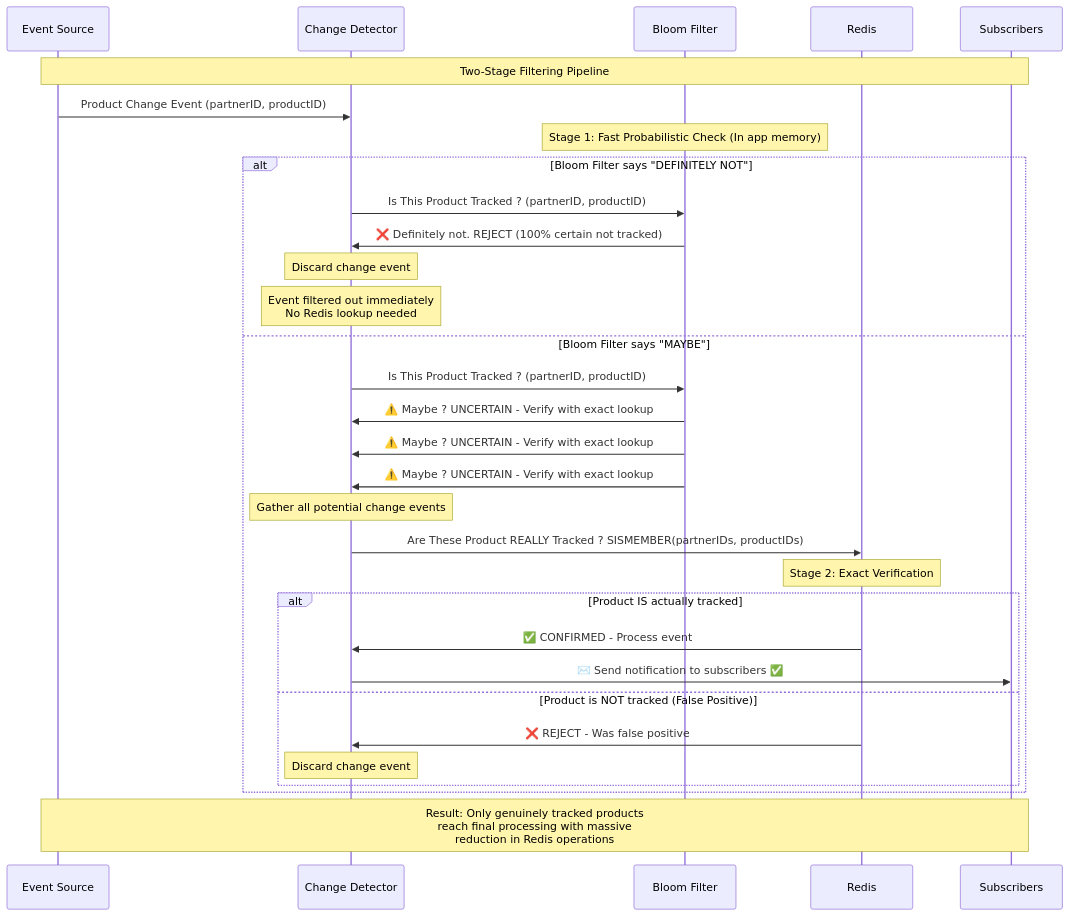
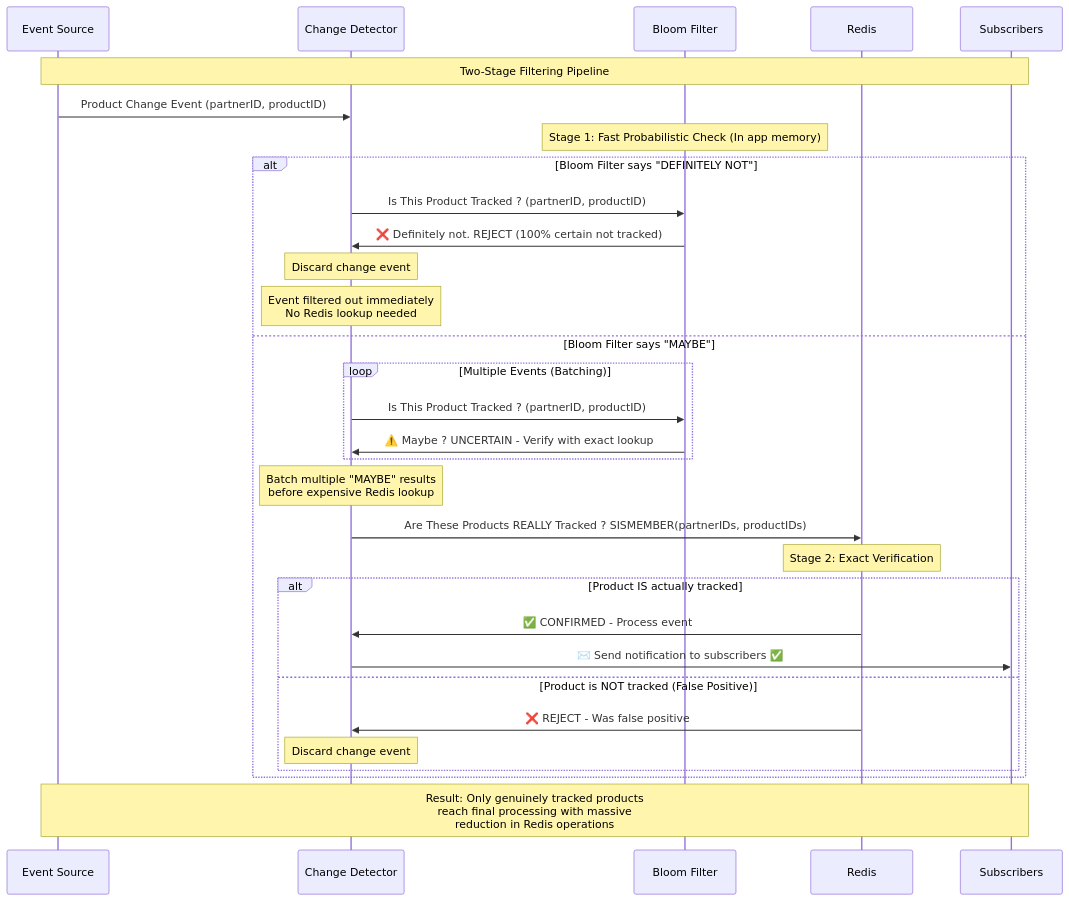
Before and after one commit to ozan-koksal/bloom-filters: the second of 2 diagrams in README.md, drawn with Mermaid. The commit also changed other lines of this file, not shown here.

Commit message:
second vommit

````diff
--- a/README.md
+++ b/README.md
@@ -52,40 +51,40 @@
 ```mermaid
 sequenceDiagram
     participant CDC as Event Source
     participant App as Change Detector
     participant BF as Bloom Filter
     participant Redis as Redis
     participant Output as Subscribers
     
     Note over CDC, Output: Two-Stage Filtering Pipeline
     CDC->>App: Product Change Event (partnerID, productID)
 
     Note over BF: Stage 1: Fast Probabilistic Check (In app memory)
     # BF->>BF: Check if productID might be tracked
     
     alt Bloom Filter says "DEFINITELY NOT"
         App->>BF: Is This Product Tracked ? (partnerID, productID)
         BF->>App: ❌ Definitely not. REJECT (100% certain not tracked)
         Note over App: Discard change event
         Note over App: Event filtered out immediately<br/>No Redis lookup needed
     else Bloom Filter says "MAYBE" 
-        App->>BF: Is This Product Tracked ? (partnerID, productID)
-        BF->>App: ⚠️ Maybe ? UNCERTAIN - Verify with exact lookup
-        BF->>App: ⚠️ Maybe ? UNCERTAIN - Verify with exact lookup
-        BF->>App: ⚠️ Maybe ? UNCERTAIN - Verify with exact lookup
+        loop Multiple Events (Batching)
+            App->>BF: Is This Product Tracked ? (partnerID, productID)
+            BF->>App: ⚠️ Maybe ? UNCERTAIN - Verify with exact lookup
+        end
+        
+        Note over App: Batch multiple "MAYBE" results<br/>before expensive Redis lookup
 
-        Note over App: Gather all potential change events
-
-        App->>Redis: Are These Product REALLY Tracked ? SISMEMBER(partnerIDs, productIDs)
+        App->>Redis: Are These Products REALLY Tracked ? SISMEMBER(partnerIDs, productIDs)
         Note over Redis: Stage 2: Exact Verification        
         alt Product IS actually tracked
             Redis->>App: ✅ CONFIRMED - Process event
             App->>Output: ✉️ Send notification to subscribers ✅ 
         else Product is NOT tracked (False Positive)
             Redis->>App: ❌ REJECT - Was false positive 
         Note over App: Discard change event
         end
     end
     
     Note over CDC, Output: Result: Only genuinely tracked products<br/>reach final processing with massive<br/>reduction in Redis operations
 ```
````
